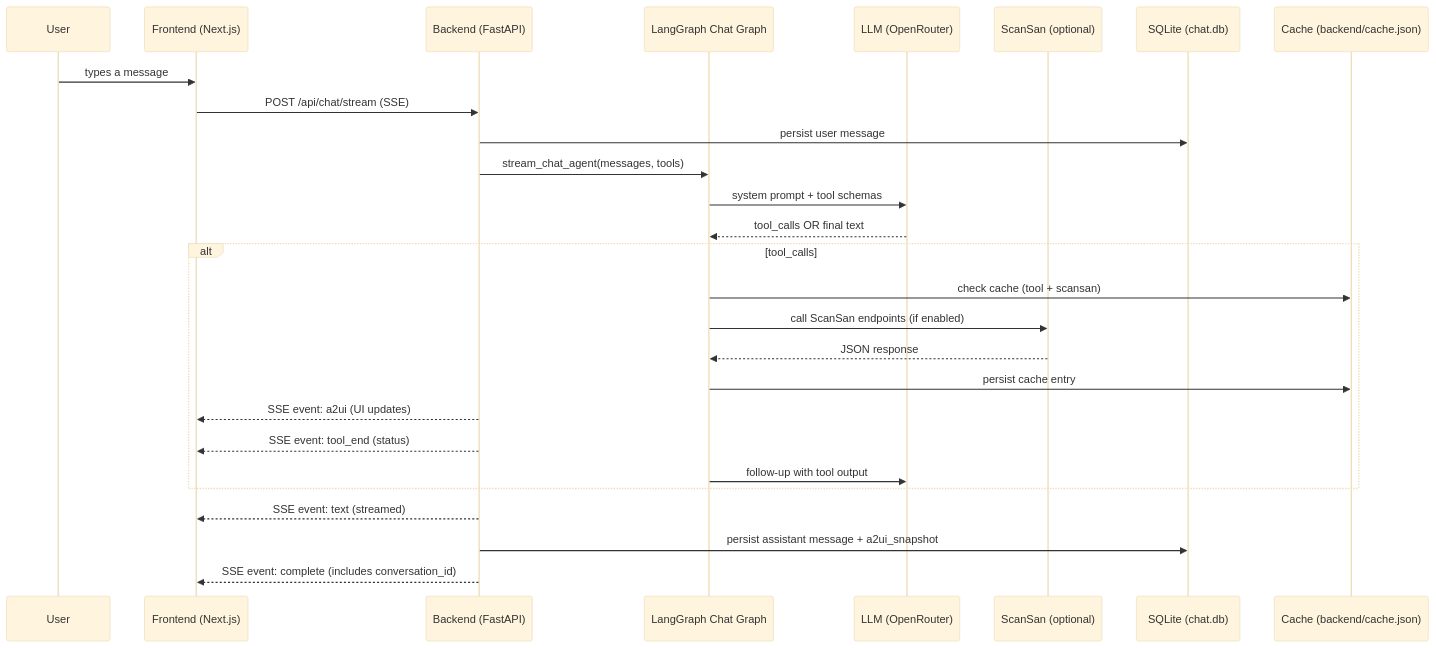
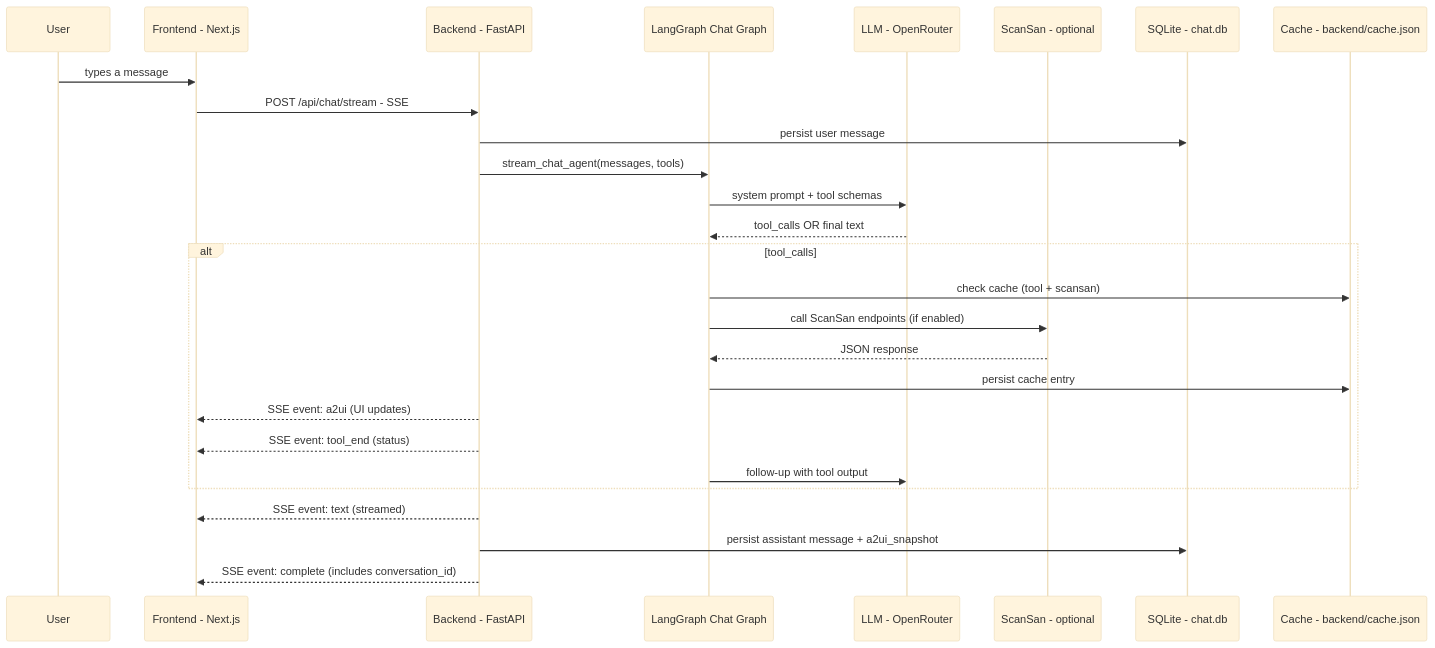
The second of 4 diagrams in README.md (anshulyadav1976/JARZ-AI), drawn with Mermaid (base theme) before and after one commit. The commit also changed other lines of this file, not shown here.

Commit message:
readme fixes mermadi

````diff
--- a/README.md
+++ b/README.md
@@ -23,32 +23,32 @@
 ```mermaid
 sequenceDiagram
   participant U as User
-  participant FE as Frontend (Next.js)
-  participant BE as Backend (FastAPI)
+  participant FE as Frontend - Next.js
+  participant BE as Backend - FastAPI
   participant LG as LangGraph Chat Graph
-  participant LLM as LLM (OpenRouter)
-  participant SS as ScanSan (optional)
-  participant DB as SQLite (chat.db)
-  participant C as Cache (backend/cache.json)
+  participant LLM as LLM - OpenRouter
+  participant SS as ScanSan - optional
+  participant DB as SQLite - chat.db
+  participant C as Cache - backend/cache.json
 
   U->>FE: types a message
-  FE->>BE: POST /api/chat/stream (SSE)
+  FE->>BE: POST /api/chat/stream - SSE
   BE->>DB: persist user message
   BE->>LG: stream_chat_agent(messages, tools)
   LG->>LLM: system prompt + tool schemas
   LLM-->>LG: tool_calls OR final text
 
   alt tool_calls
     LG->>C: check cache (tool + scansan)
     LG->>SS: call ScanSan endpoints (if enabled)
     SS-->>LG: JSON response
     LG->>C: persist cache entry
     BE-->>FE: SSE event: a2ui (UI updates)
     BE-->>FE: SSE event: tool_end (status)
     LG->>LLM: follow-up with tool output
   end
 
   BE-->>FE: SSE event: text (streamed)
   BE->>DB: persist assistant message + a2ui_snapshot
   BE-->>FE: SSE event: complete (includes conversation_id)
 ```
````
